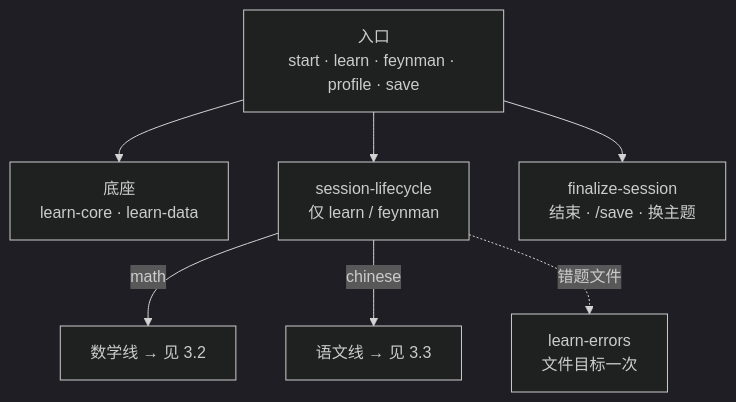
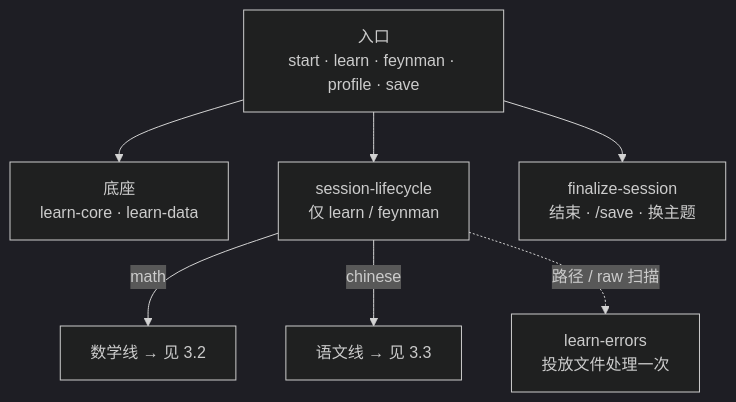
One commit to gengyabc/baicai-edu changed the third of 17 diagrams in docs/skills/call-graph.md. Above: the diagram before and after it, drawn with Mermaid (dark theme). The commit also changed other lines of this file and 19 other files, not shown here.

First line of the commit message:
Split math teaching rules into focused references and sync the call graph.

````diff
--- a/docs/skills/call-graph.md
+++ b/docs/skills/call-graph.md
@@ -83,17 +84,17 @@
 ```mermaid
 flowchart TB
   E["入口<br/>start · learn · feynman · profile · save"]
   B["底座<br/>learn-core · learn-data"]
   SL["session-lifecycle<br/>仅 learn / feynman"]
   Math["数学线 → 见 3.2"]
   Chinese["语文线 → 见 3.3"]
-  LE["learn-errors<br/>文件目标一次"]
+  LE["learn-errors<br/>投放文件处理一次"]
   FZ["finalize-session<br/>结束 · /save · 换主题"]
 
   E --> B
   E --> SL
   E --> FZ
   SL -->|math| Math
   SL -->|chinese| Chinese
-  SL -.->|错题文件| LE
+  SL -.->|路径 / raw 扫描| LE
 ```
````
